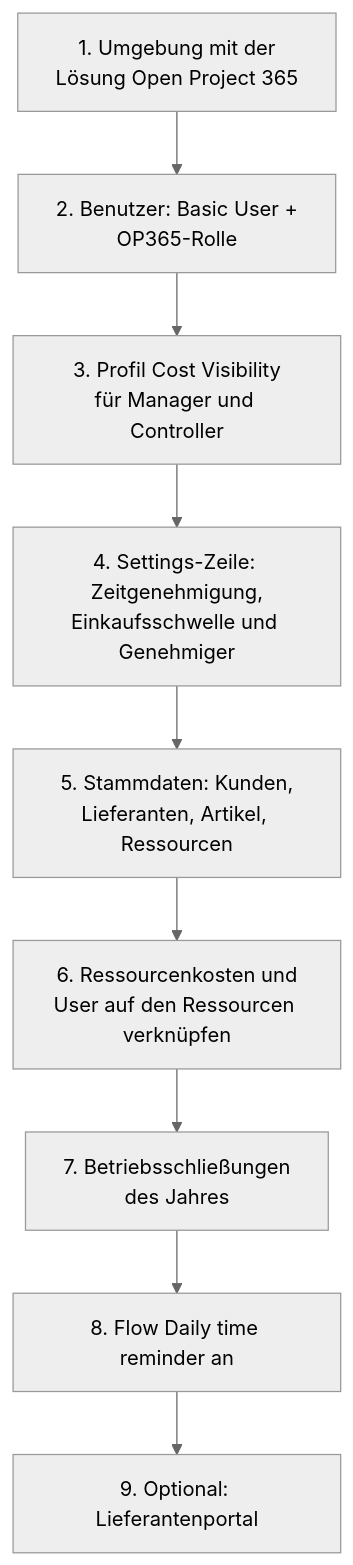
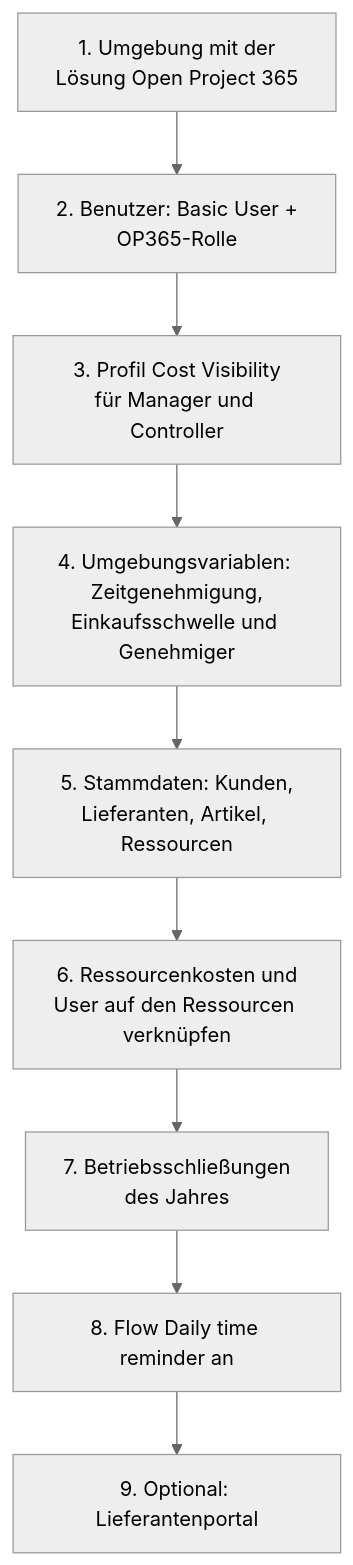
The first of 2 diagrams in docs/de/administration.md (Power-Builders-Italia/ProjectIQ), drawn with Mermaid (neutral theme) before and after one commit. The commit also changed other lines of this file and 64 other files, not shown here.

````diff
--- a/docs/de/administration.md
+++ b/docs/de/administration.md
@@ -12,11 +12,11 @@
 ```mermaid
 flowchart TD
     A[1. Umgebung mit der<br/>Lösung Open Project 365] --> B[2. Benutzer: Basic User +<br/>OP365-Rolle]
     B --> C[3. Profil Cost Visibility<br/>für Manager und Controller]
-    C --> D[4. Settings-Zeile: Zeitgenehmigung,<br/>Einkaufsschwelle und Genehmiger]
+    C --> D[4. Umgebungsvariablen: Zeitgenehmigung,<br/>Einkaufsschwelle und Genehmiger]
     D --> E[5. Stammdaten: Kunden,<br/>Lieferanten, Artikel, Ressourcen]
     E --> F[6. Ressourcenkosten und<br/>User auf den Ressourcen verknüpfen]
     F --> G[7. Betriebsschließungen<br/>des Jahres]
     G --> H[8. Flow Daily time reminder an]
     H --> I[9. Optional: Lieferantenportal]
 ```
````
